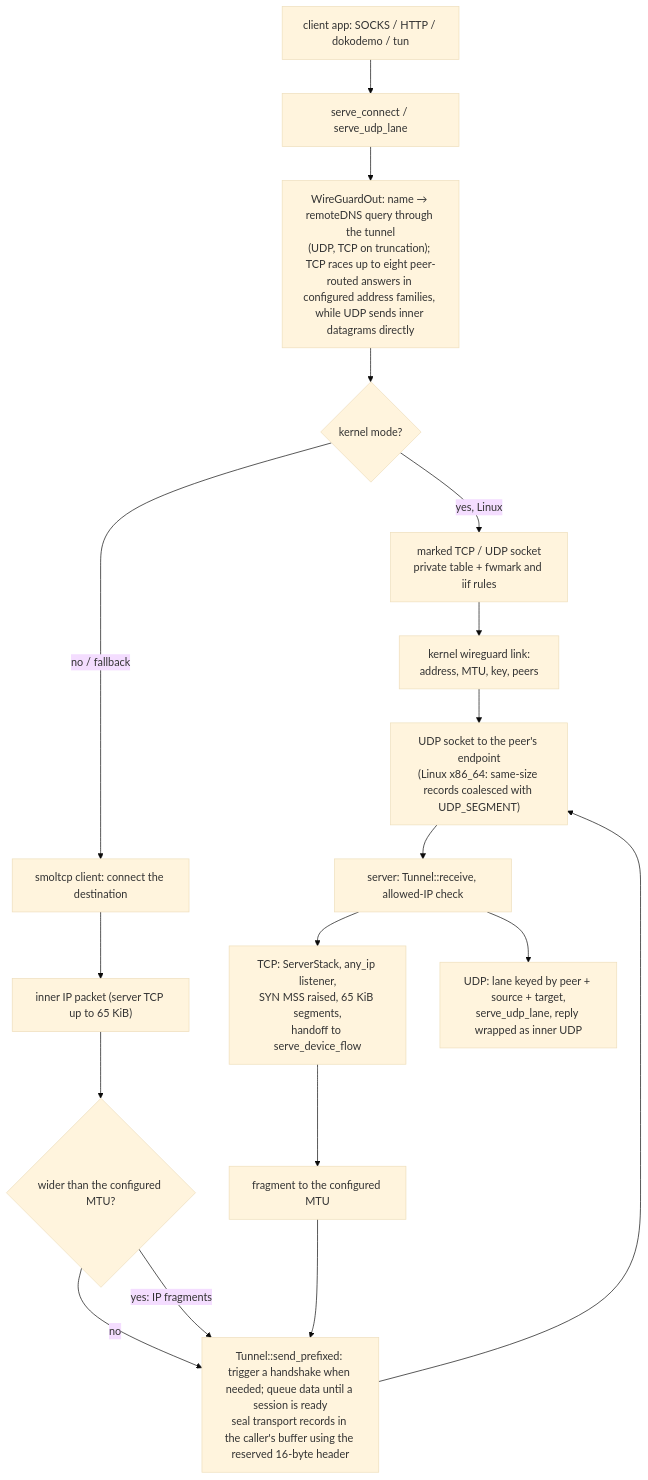
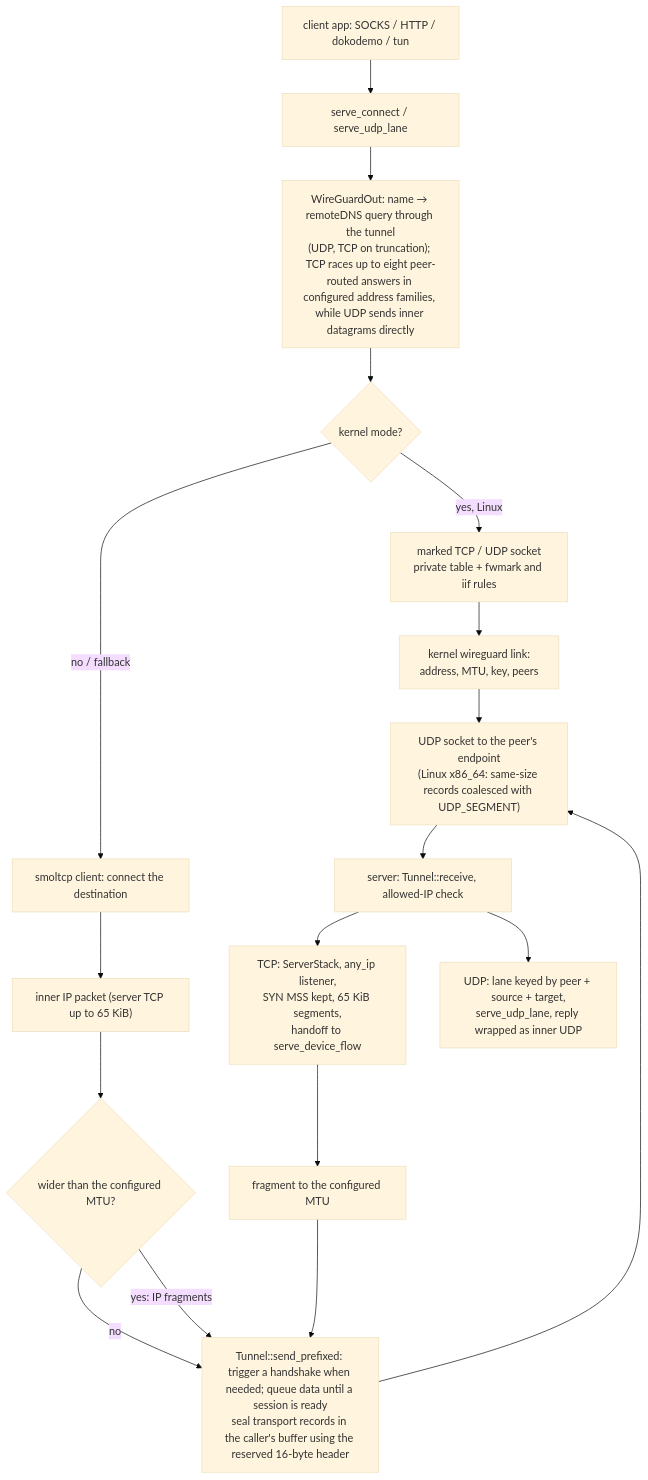
The diagram in docs/function/wireguard.md (Ferrocite/ferrox), drawn with Mermaid (base theme) before and after one commit. The commit also changed other lines of this file and 4 other files, not shown here.

Commit message:
wg-stack: respect MSS and bound reassembly metadata

````diff
--- a/docs/function/wireguard.md
+++ b/docs/function/wireguard.md
@@ -23,20 +23,20 @@
 ```mermaid
 graph TD
     A["client app: SOCKS / HTTP / dokodemo / tun"] --> B["serve_connect / serve_udp_lane"]
     B --> C["WireGuardOut: name → remoteDNS query through the tunnel<br/>(UDP, TCP on truncation); TCP races up to eight peer-routed answers in configured address families, while UDP sends inner datagrams directly"]
     C --> K{"kernel mode?"}
     K -->|yes, Linux| L["marked TCP / UDP socket<br/>private table + fwmark and iif rules"]
     L --> M["kernel wireguard link:<br/>address, MTU, key, peers"]
     K -->|no / fallback| N["smoltcp client: connect the destination"]
     N --> D["inner IP packet (server TCP up to 65 KiB)"]
     D --> D2{"wider than the configured MTU?"}
     D2 -->|no| E
     D2 -->|"yes: IP fragments"| E["Tunnel::send_prefixed: trigger a handshake when needed; queue data until a session is ready<br/>seal transport records in the caller's buffer using the reserved 16-byte header"]
     E --> F["UDP socket to the peer's endpoint<br/>(Linux x86_64: same-size records coalesced with UDP_SEGMENT)"]
     M --> F
     F --> G["server: Tunnel::receive, allowed-IP check"]
-    G --> H["TCP: ServerStack, any_ip listener,<br/>SYN MSS raised, 65 KiB segments,<br/>handoff to serve_device_flow"]
+    G --> H["TCP: ServerStack, any_ip listener,<br/>SYN MSS kept, 65 KiB segments,<br/>handoff to serve_device_flow"]
     H --> H2["fragment to the configured MTU"]
     H2 --> E
     G --> I["UDP: lane keyed by peer + source + target,<br/>serve_udp_lane, reply wrapped as inner UDP"]
 ```
````
